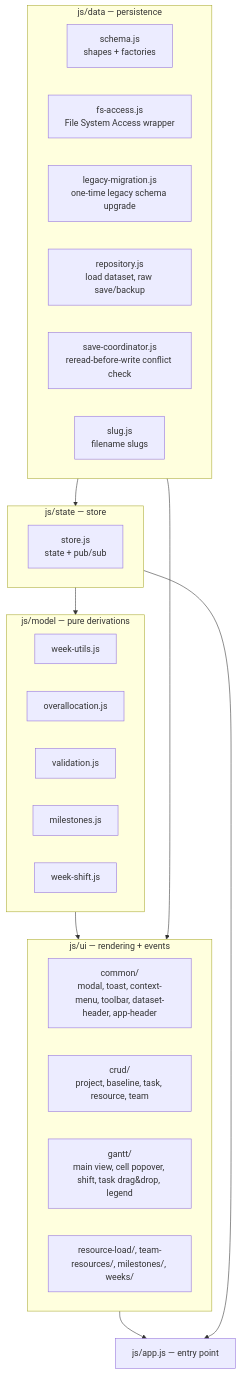
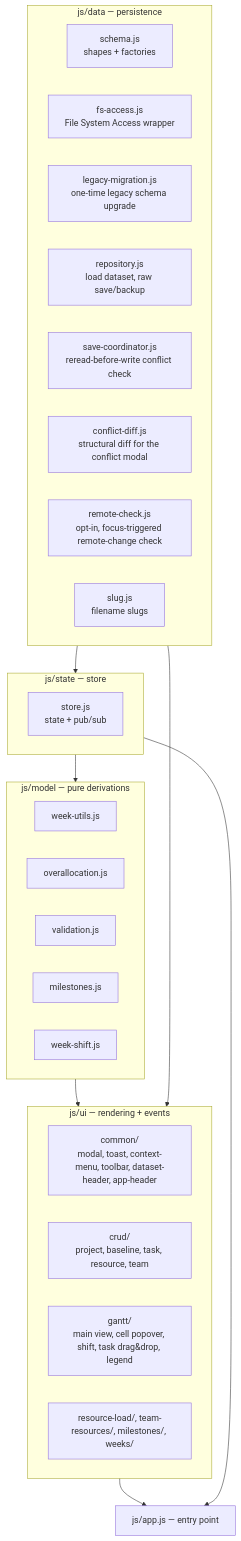
Before and after one commit to alexscarcella/Weavo: the first of 2 diagrams in docs/architecture.md, drawn with Mermaid. The commit also changed other lines of this file and 16 other files, not shown here.

First line of the commit message:
Add conflict diff summary and opt-in remote-change notification

````diff
--- a/docs/architecture.md
+++ b/docs/architecture.md
@@ -31,35 +31,37 @@
 ```mermaid
 flowchart TB
     subgraph data["js/data — persistence"]
         schema["schema.js\nshapes + factories"]
         fsaccess["fs-access.js\nFile System Access wrapper"]
         legacymig["legacy-migration.js\none-time legacy schema upgrade"]
         repository["repository.js\nload dataset, raw save/backup"]
         savecoord["save-coordinator.js\nreread-before-write conflict check"]
+        conflictdiff["conflict-diff.js\nstructural diff for the conflict modal"]
+        remotecheck["remote-check.js\nopt-in, focus-triggered remote-change check"]
         slug["slug.js\nfilename slugs"]
     end
     subgraph state["js/state — store"]
         store["store.js\nstate + pub/sub"]
     end
     subgraph model["js/model — pure derivations"]
         weekutils["week-utils.js"]
         overalloc["overallocation.js"]
         validation["validation.js"]
         milestones["milestones.js"]
         weekshift["week-shift.js"]
     end
     subgraph ui["js/ui — rendering + events"]
         common["common/\nmodal, toast, context-menu, toolbar, dataset-header, app-header"]
         crud["crud/\nproject, baseline, task, resource, team"]
         gantt["gantt/\nmain view, cell popover, shift, task drag&amp;drop, legend"]
         other["resource-load/, team-resources/, milestones/, weeks/"]
     end
     app["js/app.js — entry point"]
 
     data --> state
     state --> model
     model --> ui
     data --> ui
     ui --> app
     state --> app
 ```
````
